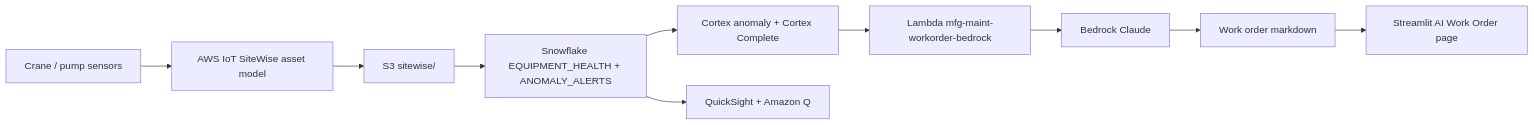
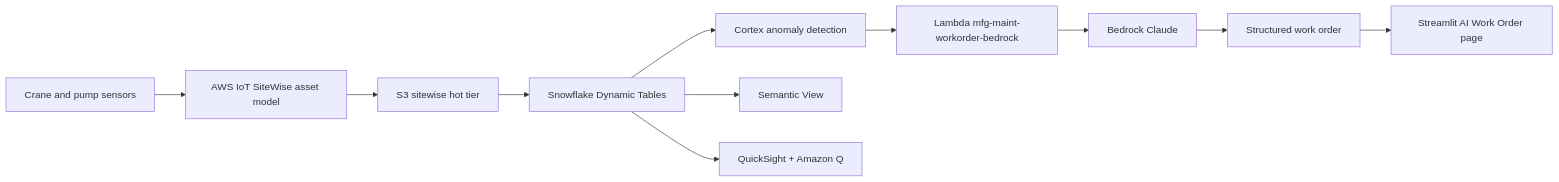
One commit to sfc-gh-jasvestis/aws-manufacturing-maintenance changed the diagram in README.md. Above: the diagram before and after it, drawn with Mermaid. The commit also changed other lines of this file, not shown here.

Commit message:
Merge AWS Hero into Architecture as one balanced Snowflake+AWS section

````diff
--- a/README.md
+++ b/README.md
@@ -9,12 +9,13 @@
 ```mermaid
 flowchart LR
-    Sensors[Crane / pump sensors] --> SW[AWS IoT SiteWise asset model]
-    SW --> S3[S3 sitewise/]
-    S3 --> SF[Snowflake EQUIPMENT_HEALTH + ANOMALY_ALERTS]
-    SF --> CX[Cortex anomaly + Cortex Complete]
+    Sensors[Crane and pump sensors] --> SW[AWS IoT SiteWise asset model]
+    SW --> S3[S3 sitewise hot tier]
+    S3 --> SF[Snowflake Dynamic Tables]
+    SF --> CX[Cortex anomaly detection]
     CX --> LAM[Lambda mfg-maint-workorder-bedrock]
     LAM --> BR[Bedrock Claude]
-    BR --> WO[Work order markdown]
+    BR --> WO[Structured work order]
     WO --> ST[Streamlit AI Work Order page]
+    SF --> SemView[Semantic View]
     SF --> QS[QuickSight + Amazon Q]
 ```
````
